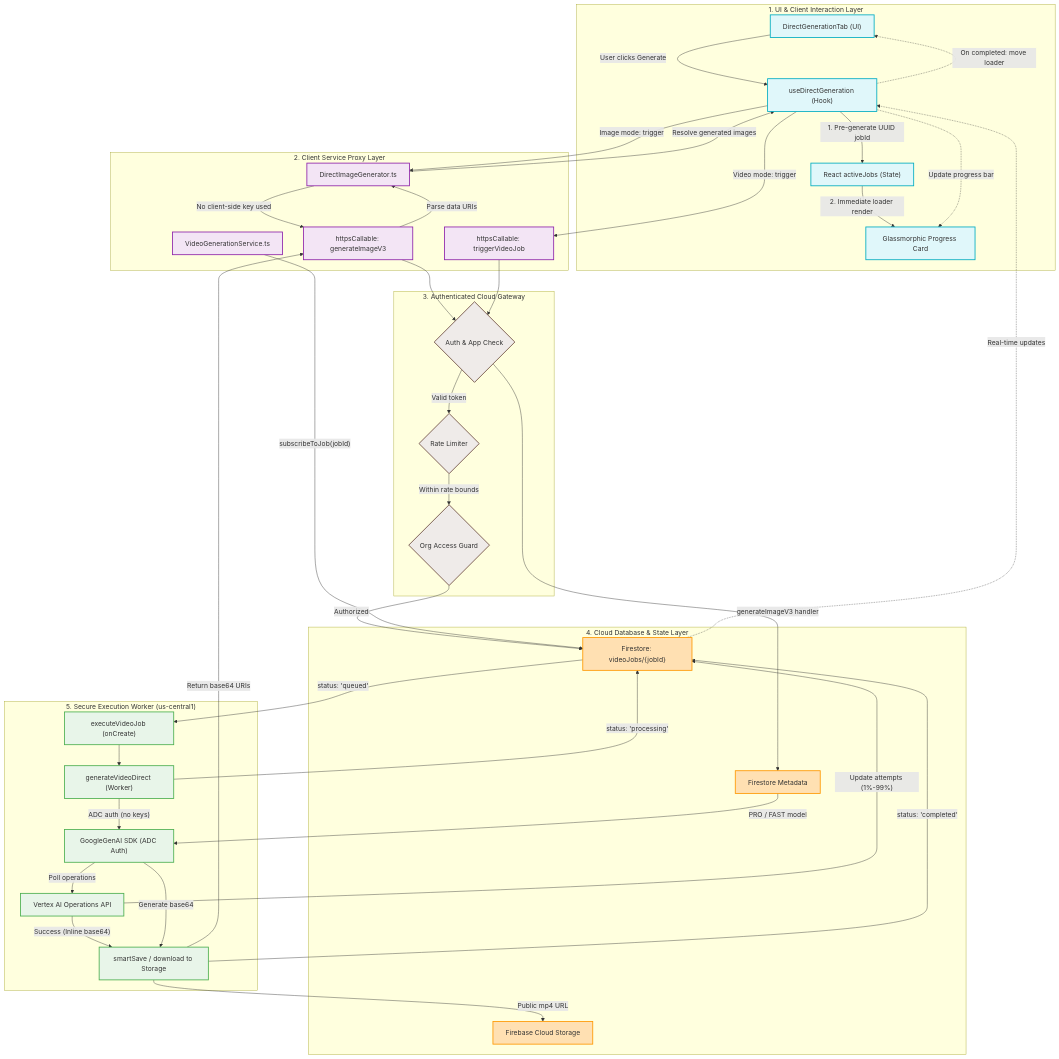
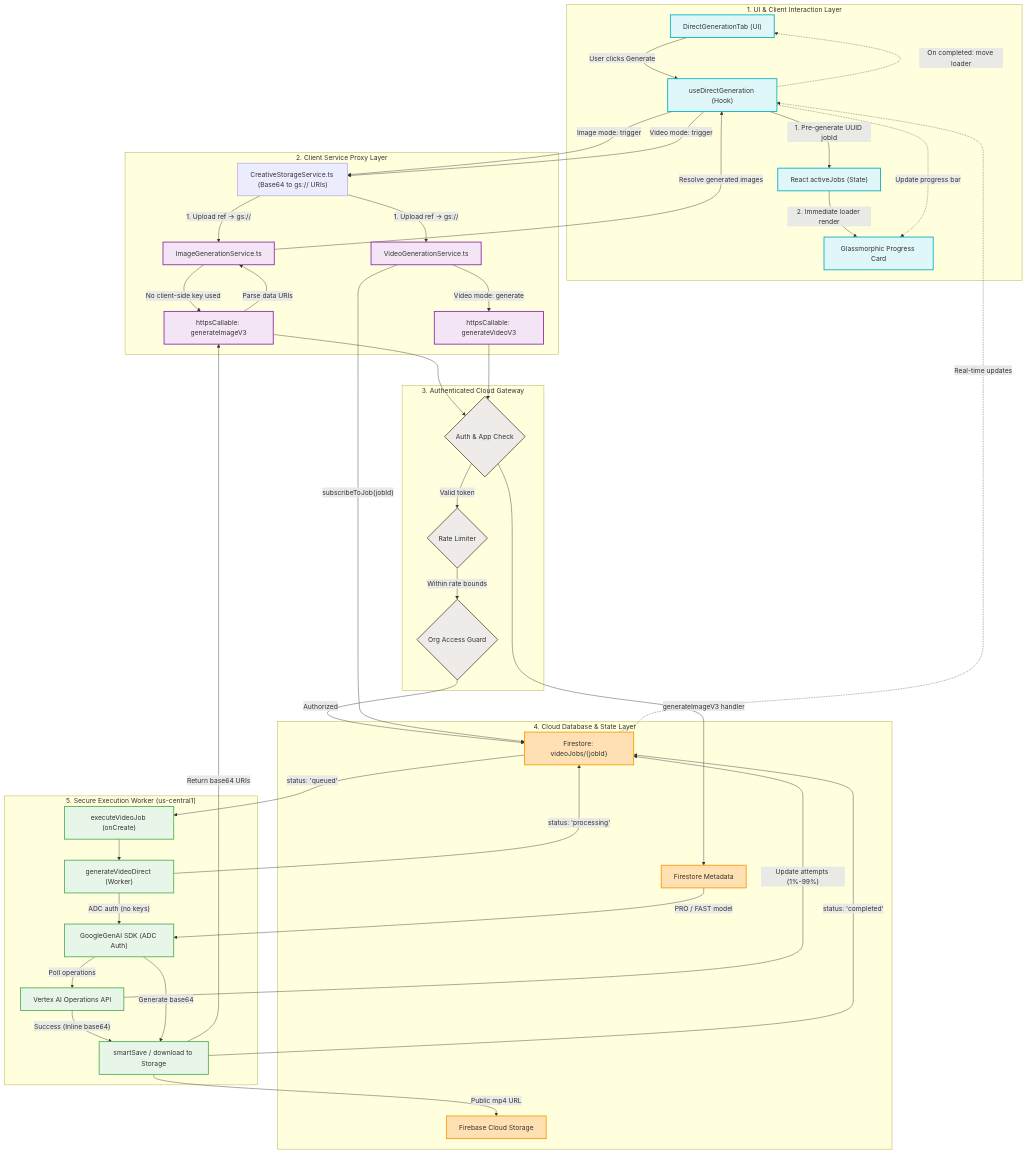
One commit to indii-music-founder/indii-music-founder changed the diagram in docs/flowcharts/secure-generation-execution-isolation.md. Above: the diagram before and after it, drawn with Mermaid. The commit also changed other lines of this file and 1 other file, not shown here.

Commit message:
docs: update secure isolation flowchart and error ledger for generateVideoV3 migration

```diff
--- a/docs/flowcharts/secure-generation-execution-isolation.md
+++ b/docs/flowcharts/secure-generation-execution-isolation.md
@@ -19,10 +19,11 @@
     end
 
     subgraph Service_Proxy_Layer ["2. Client Service Proxy Layer"]
-        DirectImg["DirectImageGenerator.ts"]
+        CreativeStore["CreativeStorageService.ts (Base64 to gs:// URIs)"]
+        DirectImg["ImageGenerationService.ts"]
         VideoGen["VideoGenerationService.ts"]
         HttpCallImg["httpsCallable: generateImageV3"]
-        HttpCallVid["httpsCallable: triggerVideoJob"]
+        HttpCallVid["httpsCallable: generateVideoV3"]
     end
 
     subgraph Firebase_Cloud_Layer ["3. Authenticated Cloud Gateway"]
@@ -51,12 +52,15 @@
     ActiveJobs -- "2. Immediate loader render" --> Gallery
     
     %% Image Pipeline path
-    Hook -- "Image mode: trigger" --> DirectImg
+    Hook -- "Image mode: trigger" --> CreativeStore
+    CreativeStore -- "1. Upload ref -> gs://" --> DirectImg
     DirectImg -- "No client-side key used" --> HttpCallImg
     HttpCallImg --> AuthCheck
     
     %% Video Pipeline path
-    Hook -- "Video mode: trigger" --> HttpCallVid
+    Hook -- "Video mode: trigger" --> CreativeStore
+    CreativeStore -- "1. Upload ref -> gs://" --> VideoGen
+    VideoGen -- "Video mode: generate" --> HttpCallVid
     HttpCallVid --> AuthCheck
     
     %% Cloud Gateways
```
